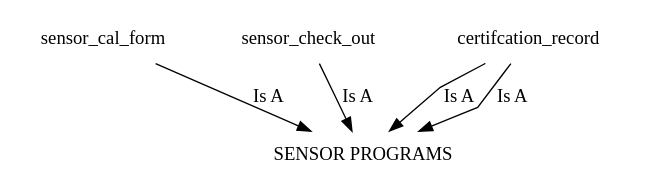
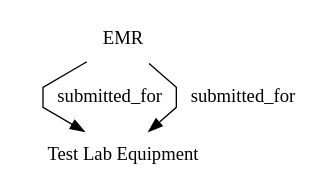
Before and after one commit to DJimmie/graph-theory-applications: the diagram in basics/test-output/round-table.gv, drawn with Graphviz. The commit also changed 2 other files, not shown here.

```diff
--- a/basics/test-output/round-table.gv
+++ b/basics/test-output/round-table.gv
@@ -1,10 +1,8 @@
 // The Round Table
 digraph {
 	graph [landscape=False rankdir=TB size="20,16" splines=polyline]
 	node [color=white style=filled]
 	node [shape=plaintext]
-	sensor_cal_form -> "SENSOR PROGRAMS" [label="Is A"]
-	sensor_check_out -> "SENSOR PROGRAMS" [label="Is A"]
-	certifcation_record -> "SENSOR PROGRAMS" [label="Is A"]
-	certifcation_record -> "SENSOR PROGRAMS" [label="Is A"]
+	EMR -> "Test Lab Equipment" [label=submitted_for]
+	EMR -> "Test Lab Equipment" [label=submitted_for]
 }
```
